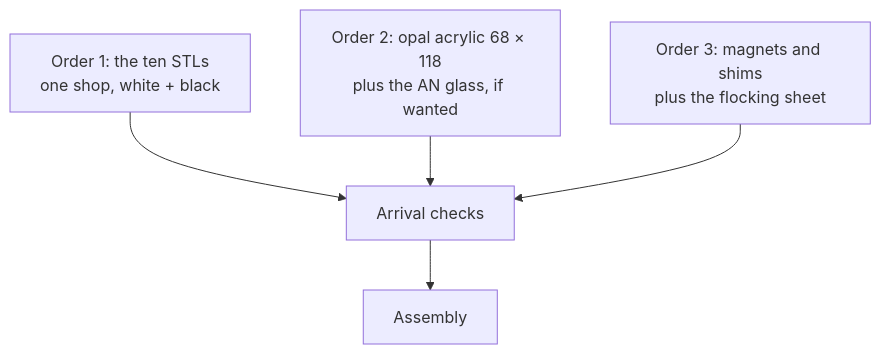
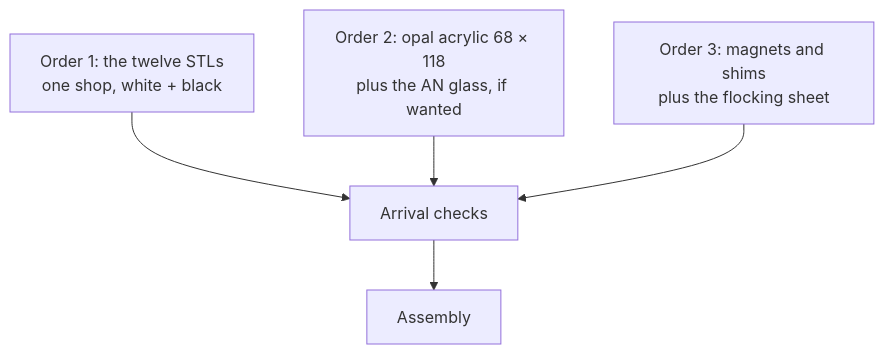
One commit to Neoanaloglab/Neobox changed the diagram in docs/bom.md. Above: the diagram before and after it, drawn with Mermaid. The commit also changed other lines of this file and 44 other files, not shown here.

````diff
--- a/docs/bom.md
+++ b/docs/bom.md
@@ -177,7 +180,7 @@
 ```mermaid
 flowchart TD
-  A[Order 1: the ten STLs<br/>one shop, white + black] --> D[Arrival checks]
+  A[Order 1: the twelve STLs<br/>one shop, white + black] --> D[Arrival checks]
   B[Order 2: opal acrylic 68 × 118<br/>plus the AN glass, if wanted] --> D
   C[Order 3: magnets and shims<br/>plus the flocking sheet] --> D
   D --> E[Assembly]
 ```
````
